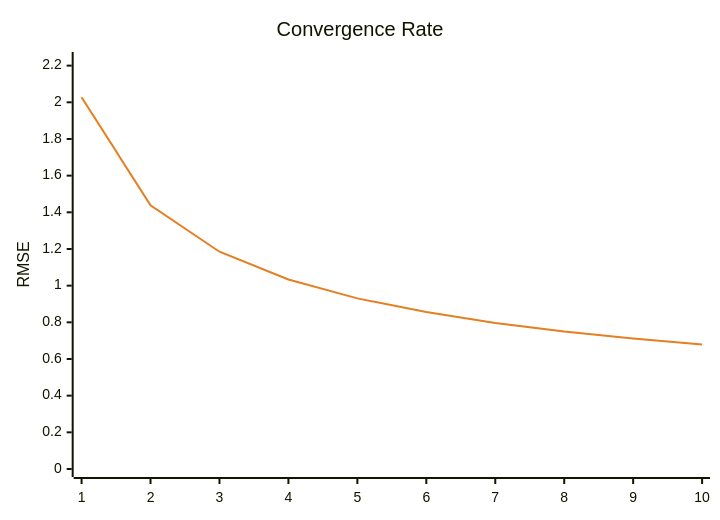
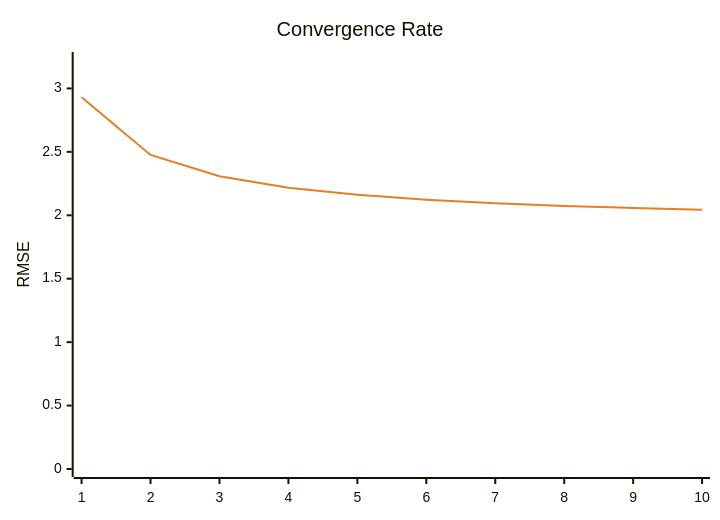
Before and after one commit to timo-eberl/tracy: the second of 2 diagrams in README.md, drawn with Mermaid. The commit also changed other lines of this file and 3 other files, not shown here.

````diff
--- a/README.md
+++ b/README.md
@@ -25,14 +25,14 @@
 ```mermaid
 ---
 config:
     theme: base
     themeVariables:
         xyChart:
             plotColorPalette: "#e67e22"
 ---
 xychart-beta
     title "Convergence Rate"
     x-axis ["1", "2", "3", "4", "5", "6", "7", "8", "9", "10"]
-    y-axis "RMSE" 0 --> 2.2307
-    line [2.0279, 1.4381, 1.185, 1.0336, 0.9306, 0.8561, 0.7964, 0.7495, 0.7116, 0.6796]
+    y-axis "RMSE" 0 --> 3.2241
+    line [2.931, 2.4755, 2.3084, 2.2178, 2.1615, 2.1229, 2.0947, 2.074, 2.0581, 2.0441]
 ```
````
